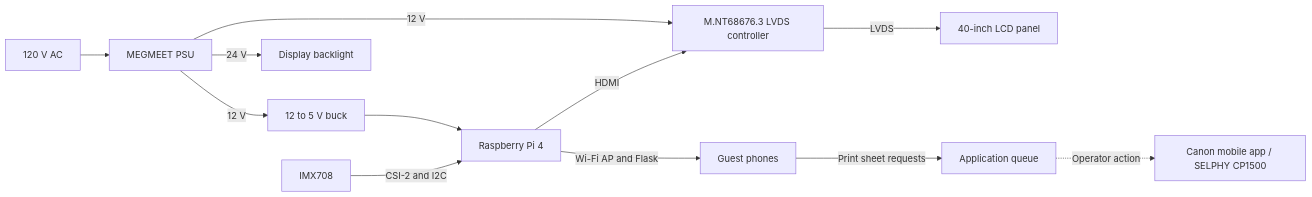
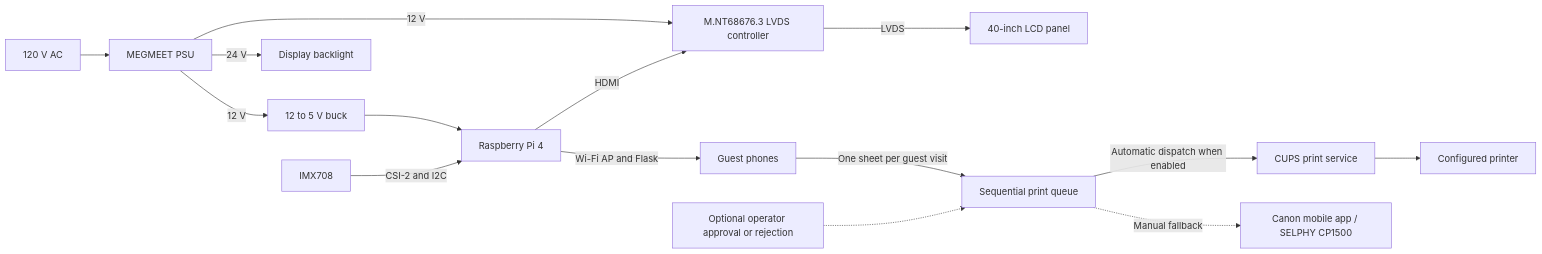
The diagram in README.md (ErubielG/magic-mirror-photo-booth), drawn with Mermaid before and after one commit. The commit also changed other lines of this file, not shown here.

Commit message:
docs: correct automatic print workflow, optional moderation, and event paper-use evidence

````diff
--- a/README.md
+++ b/README.md
@@ -43,14 +44,17 @@
 ```mermaid
 flowchart LR
     AC[120 V AC] --> PSU[MEGMEET PSU]
     PSU -->|12 V| LVDS[M.NT68676.3 LVDS controller]
     PSU -->|12 V| BUCK[12 to 5 V buck]
     BUCK --> PI[Raspberry Pi 4]
     PSU -->|24 V| BL[Display backlight]
     PI -->|HDMI| LVDS
     LVDS -->|LVDS| PANEL[40-inch LCD panel]
     CAMERA[IMX708] -->|CSI-2 and I2C| PI
     PI -->|Wi-Fi AP and Flask| PHONES[Guest phones]
-    PHONES -->|Print sheet requests| QUEUE[Application queue]
-    QUEUE -.->|Operator action| CANON[Canon mobile app / SELPHY CP1500]
+    PHONES -->|One sheet per guest visit| QUEUE[Sequential print queue]
+    QUEUE -->|Automatic dispatch when enabled| CUPS[CUPS print service]
+    CUPS --> PRINTER[Configured printer]
+    ADMIN[Optional operator approval or rejection] -.-> QUEUE
+    QUEUE -.->|Manual fallback| CANON[Canon mobile app / SELPHY CP1500]
 ```
````
